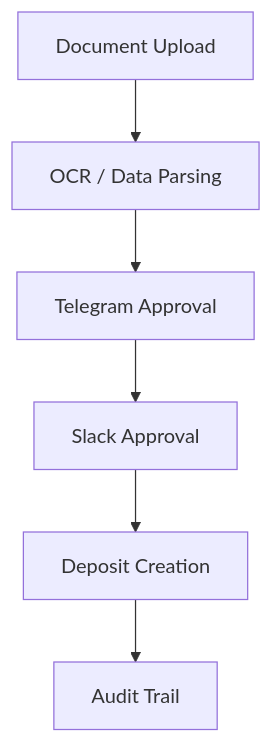
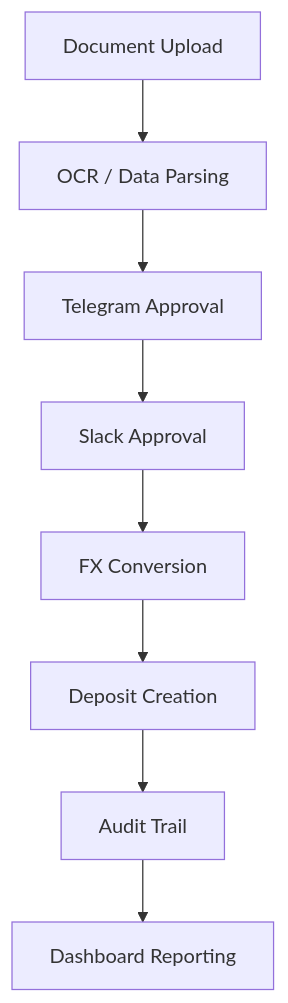
The first of 2 diagrams in README.md (OzgurKaptann/receipt-approval-system), drawn with Mermaid before and after one commit. The commit also changed other lines of this file, not shown here.

Commit message:
Improve README with architecture, screenshots and bilingual documentation

````diff
--- a/README.md
+++ b/README.md
@@ -16,16 +34,20 @@
 ```mermaid
 flowchart TD
 
 A[Document Upload]
 B[OCR / Data Parsing]
 C[Telegram Approval]
 D[Slack Approval]
-E[Deposit Creation]
-F[Audit Trail]
+E[FX Conversion]
+F[Deposit Creation]
+G[Audit Trail]
+H[Dashboard Reporting]
 
 A --> B
 B --> C
 C --> D
 D --> E
 E --> F
+F --> G
+G --> H
 ```
````
